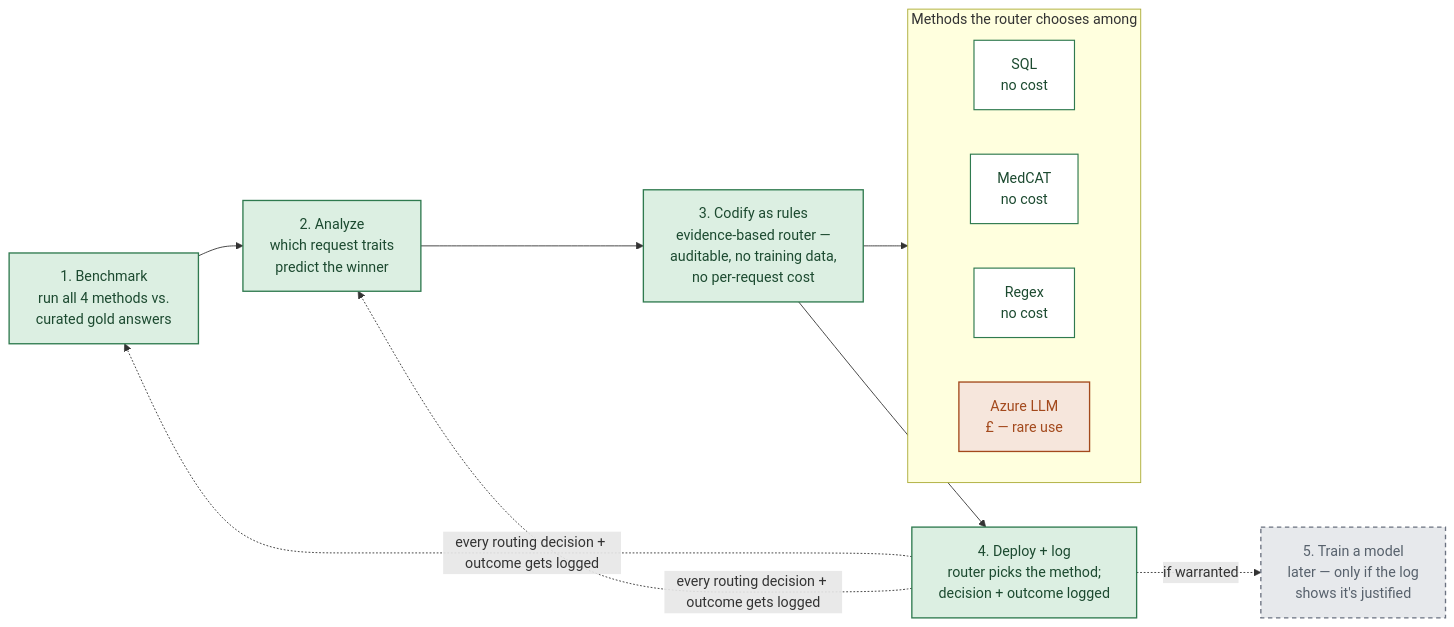
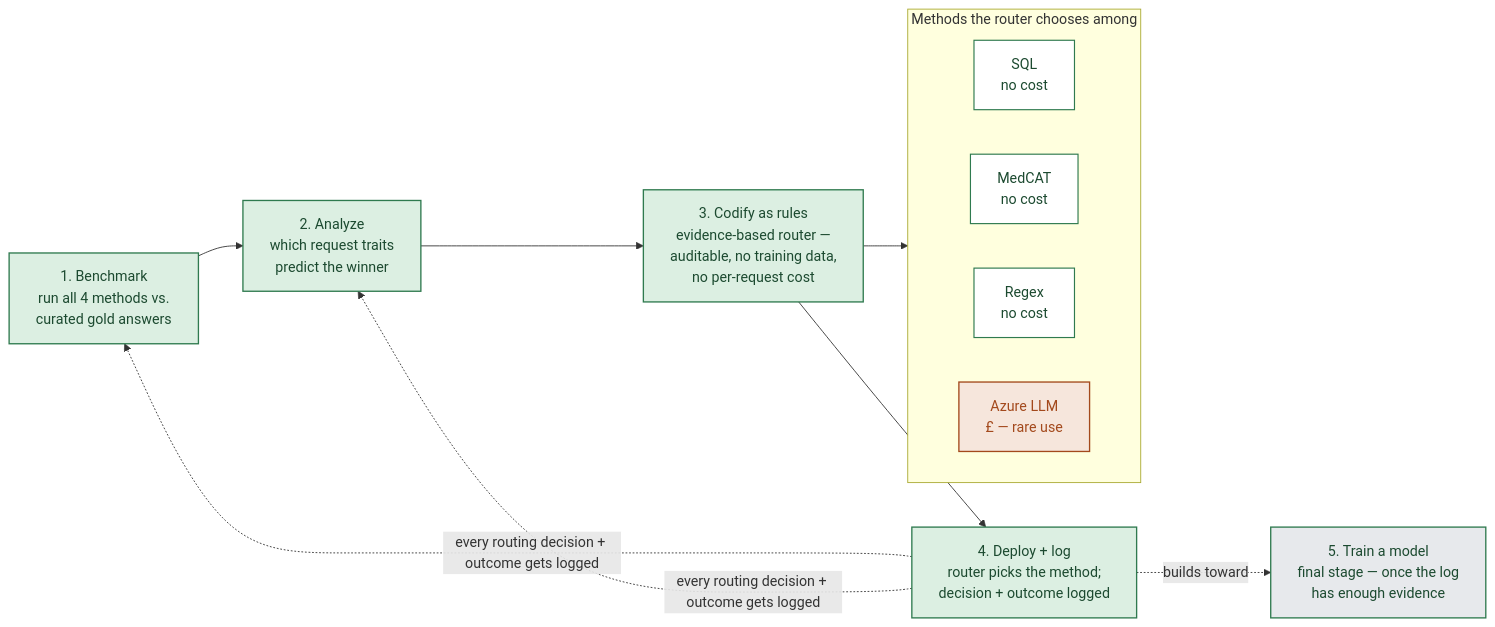
One commit to Xiaotong091105/Notebook changed the diagram in Classifier plan and rationale.md. Above: the diagram before and after it, drawn with Mermaid. The commit also changed other lines of this file, not shown here.

First line of the commit message:
Address review feedback: make stage 5 a planned final step, note LLM scope

````diff
--- a/Classifier plan and rationale.md
+++ b/Classifier plan and rationale.md
@@ -17,29 +17,29 @@
 ```mermaid
 flowchart LR
     classDef now fill:#dcefe2,stroke:#2f7a4f,stroke-width:1.5px,color:#1c4a30;
-    classDef later fill:#e7e9ec,stroke:#6b7280,stroke-width:1.5px,stroke-dasharray:5 4,color:#57616c;
+    classDef planned fill:#e7e9ec,stroke:#2f7a4f,stroke-width:1.5px,color:#1c4a30;
     classDef method fill:#ffffff,stroke:#2f7a4f,stroke-width:1.3px,color:#1c4a30;
     classDef cost fill:#f6e6dc,stroke:#a3491c,stroke-width:1.5px,color:#a3491c;
 
     S1["1. Benchmark<br/>run all 4 methods vs.<br/>curated gold answers"]:::now
     S2["2. Analyze<br/>which request traits<br/>predict the winner"]:::now
     S3["3. Codify as rules<br/>evidence-based router —<br/>auditable, no training data,<br/>no per-request cost"]:::now
     S4["4. Deploy + log<br/>router picks the method;<br/>decision + outcome logged"]:::now
-    S5["5. Train a model<br/>later — only if the log<br/>shows it's justified"]:::later
+    S5["5. Train a model<br/>final stage — once the log<br/>has enough evidence"]:::planned
 
     S1 --> S2 --> S3 --> S4
-    S4 -. if warranted .-> S5
+    S4 -. builds toward .-> S5
 
     subgraph Methods["Methods the router chooses among"]
         direction LR
         M1["SQL<br/>no cost"]:::method
         M2["MedCAT<br/>no cost"]:::method
         M3["Regex<br/>no cost"]:::method
         M4["Azure LLM<br/>£ — rare use"]:::cost
     end
 
     S3 --> Methods
 
     S4 -. every routing decision + outcome gets logged .-> S1
     S4 -. every routing decision + outcome gets logged .-> S2
 ```
````
